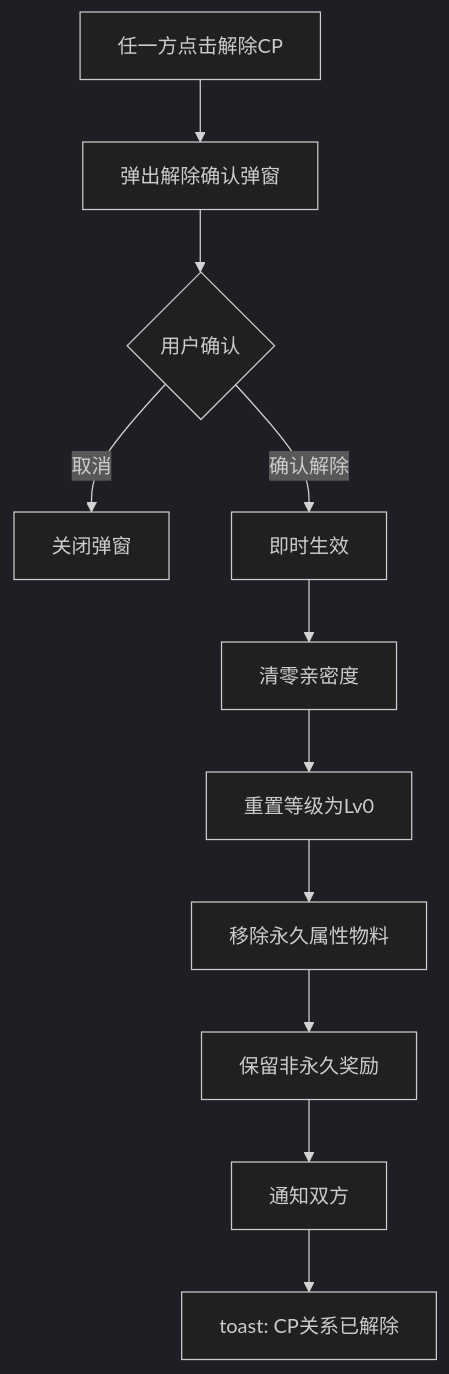
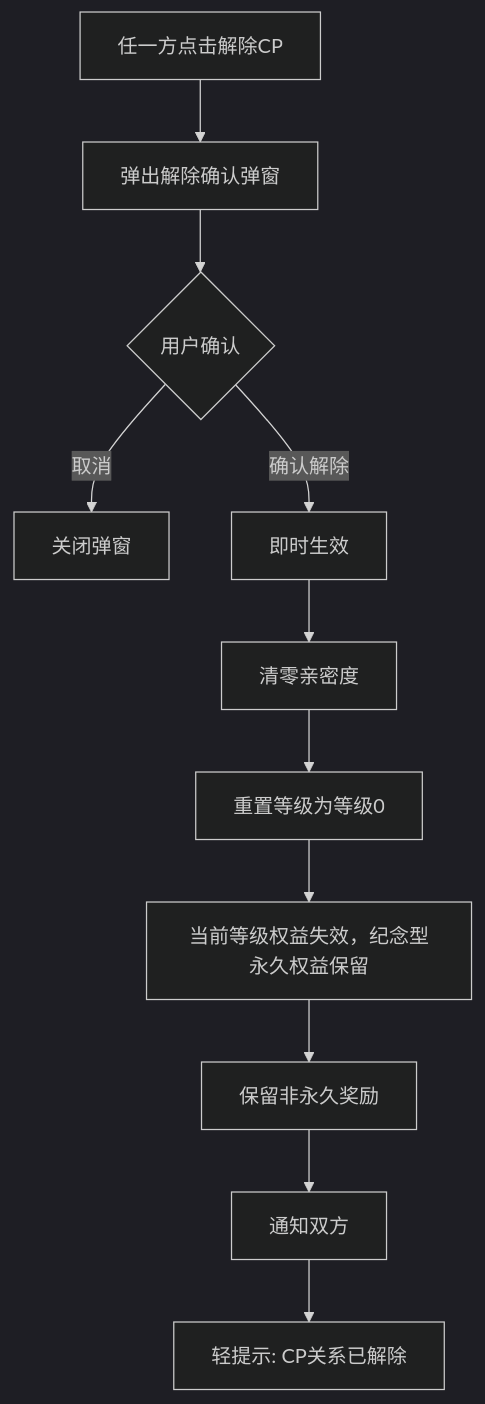
Before and after one commit to kocekid/CP1.0-Requirements: the seventh of 12 diagrams in CP系统需求文档_v1.0.md, drawn with Mermaid (dark theme). The commit also changed other lines of this file, not shown here.

Commit message:
更新CP系统需求文档：图下需求拆解块全部重写为完整字段表结构

````diff
--- a/CP系统需求文档_v1.0.md
+++ b/CP系统需求文档_v1.0.md
@@ -821,13 +833,13 @@
 ```mermaid
 flowchart TD
     A[任一方点击解除CP] --> B[弹出解除确认弹窗]
     B --> C{用户确认}
     C -->|取消| D[关闭弹窗]
     C -->|确认解除| E[即时生效]
     E --> F[清零亲密度]
-    F --> G[重置等级为Lv0]
-    G --> H[移除永久属性物料]
+    F --> G[重置等级为等级0]
+    G --> H[当前等级权益失效，纪念型永久权益保留]
     H --> I[保留非永久奖励]
     I --> J[通知双方]
-    J --> K[toast: CP关系已解除]
+    J --> K[轻提示: CP关系已解除]
 ```
````
